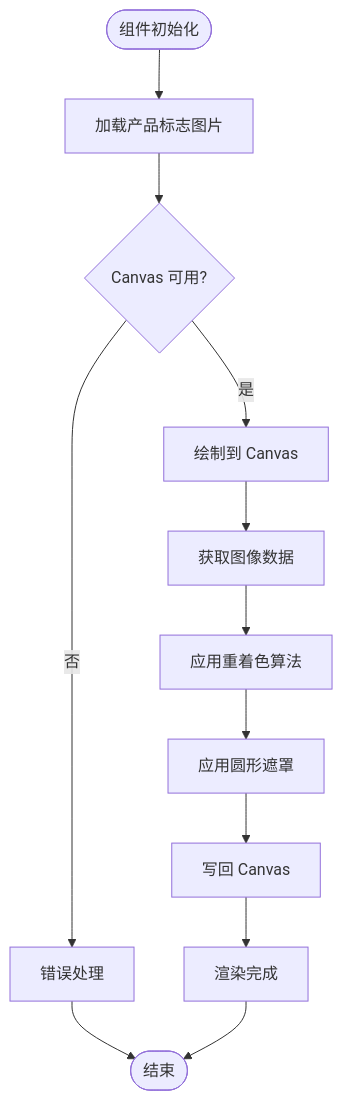
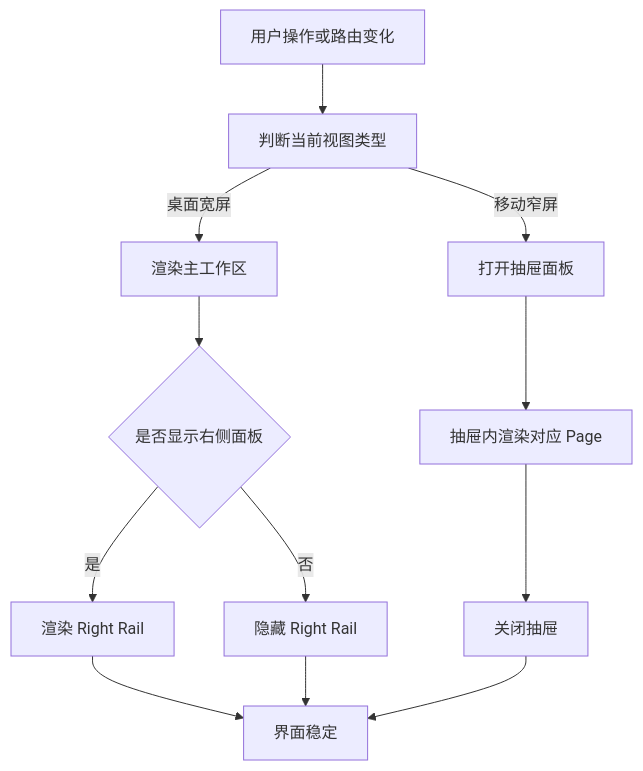
The fourth of 10 diagrams in .qoder/repowiki/zh/content/用户界面/用户界面.md (haolange/RDC-Agent), drawn with Mermaid before and after one commit. The commit also changed other lines of this file and 356 other files, not shown here.

````diff
--- a/.qoder/repowiki/zh/content/用户界面/用户界面.md
+++ b/.qoder/repowiki/zh/content/用户界面/用户界面.md
@@ -227,14 +183,14 @@
 ```mermaid
 flowchart TD
-Start(["组件初始化"]) --> LoadImage["加载产品标志图片"]
-LoadImage --> ProcessCanvas{"Canvas 可用?"}
-ProcessCanvas --> |是| DrawImage["绘制到 Canvas"]
-ProcessCanvas --> |否| ErrorHandle["错误处理"]
-DrawImage --> GetImageData["获取图像数据"]
-GetImageData --> Recolor["应用重着色算法"]
-Recolor --> MaskCircle["应用圆形遮罩"]
-MaskCircle --> PutImageData["写回 Canvas"]
-PutImageData --> Render["渲染完成"]
-ErrorHandle --> End(["结束"])
-Render --> End
+    Start["用户操作或路由变化"] --> Decide["判断当前视图类型"]
+    Decide -->|桌面宽屏| ShowMain["渲染主工作区"]
+    Decide -->|移动窄屏| OpenDrawer["打开抽屉面板"]
+    ShowMain --> RightRail{"是否显示右侧面板"}
+    RightRail -->|是| RenderRail["渲染 Right Rail"]
+    RightRail -->|否| HideRail["隐藏 Right Rail"]
+    OpenDrawer --> DrawerContent["抽屉内渲染对应 Page"]
+    DrawerContent --> CloseDrawer["关闭抽屉"]
+    RenderRail --> End["界面稳定"]
+    HideRail --> End
+    CloseDrawer --> End
 ```
````
